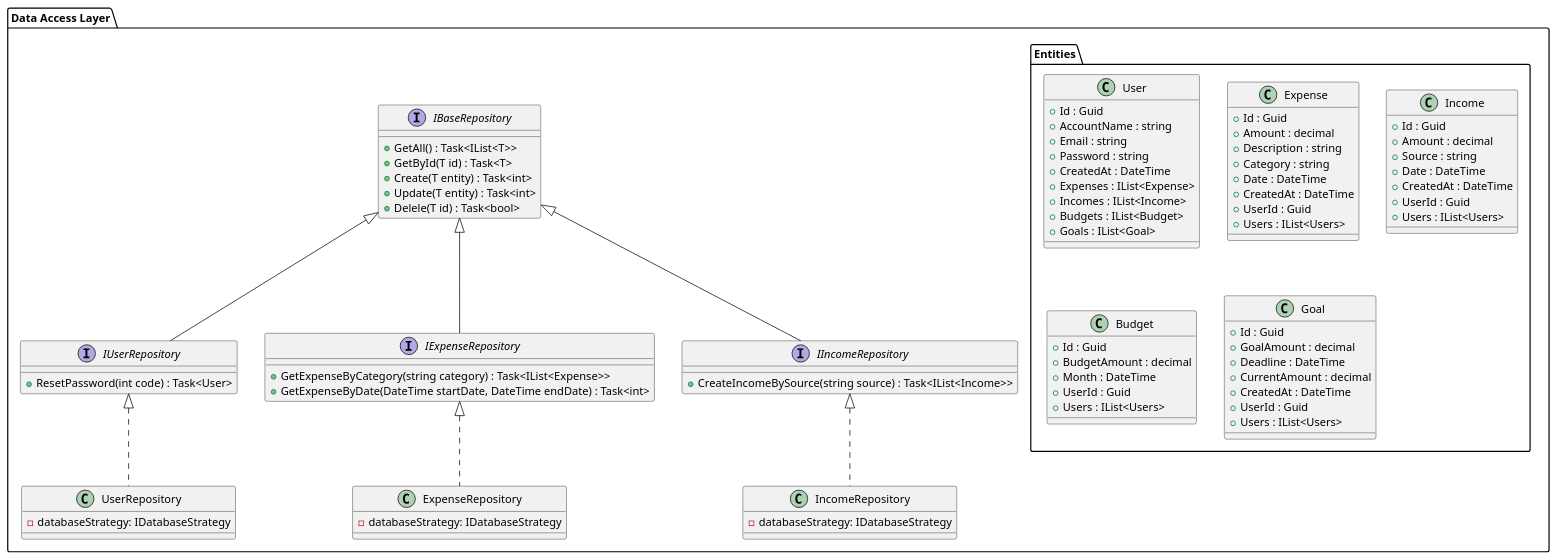
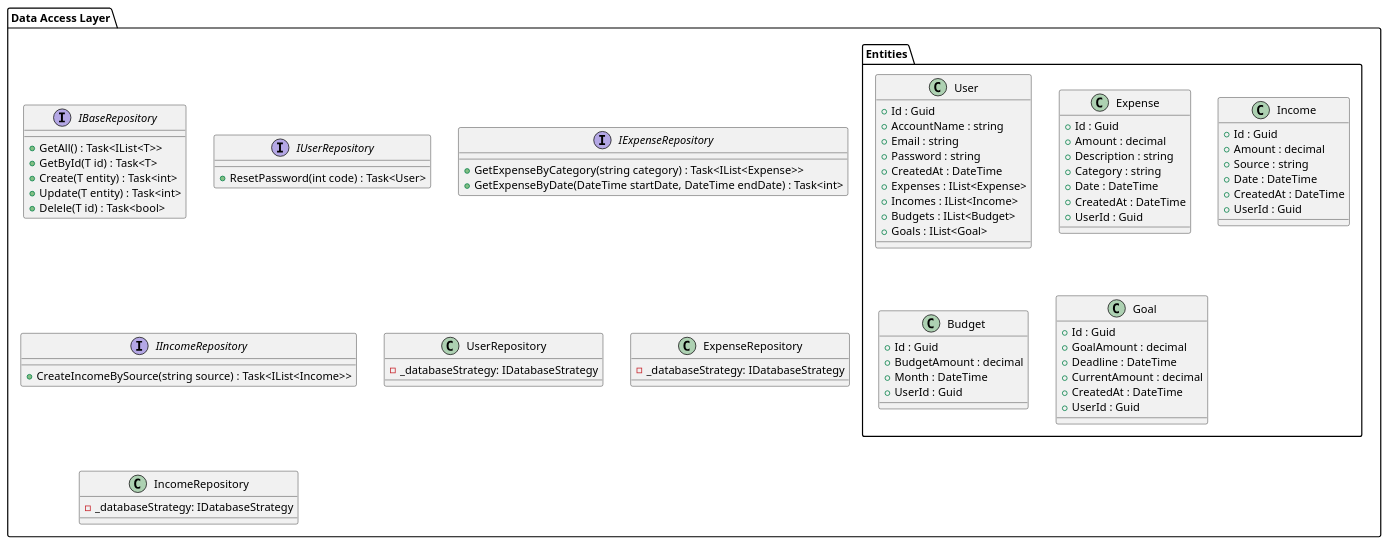
One commit to programacion-6/ExpenseTrackerGrupo2 changed the diagram in docs/uml/data-access.puml. Above: the diagram before and after it, drawn with PlantUML.

Commit message:
docs: add private prefixes in concretes; update entity relationships

```diff
--- a/docs/uml/data-access.puml
+++ b/docs/uml/data-access.puml
@@ -1,91 +1,87 @@
 @startuml Data Access
 
 package "Data Access Layer" {
     interface IBaseRepository {
         + GetAll() : Task<IList<T>>  
         + GetById(T id) : Task<T>
         + Create(T entity) : Task<int>
         + Update(T entity) : Task<int>
         + Delele(T id) : Task<bool>
     }
 
-    interface IUserRepository implements IBaseRepository {
+    interface IUserRepository {
         + ResetPassword(int code) : Task<User>
     }
     
-    interface IExpenseRepository implements IBaseRepository {
+    interface IExpenseRepository {
         + GetExpenseByCategory(string category) : Task<IList<Expense>>
         + GetExpenseByDate(DateTime startDate, DateTime endDate) : Task<int>
     }
 
-    interface IIncomeRepository implements IBaseRepository {
+    interface IIncomeRepository {
         + CreateIncomeBySource(string source) : Task<IList<Income>>
     }
 
-    class UserRepository implements IUserRepository {
-        - databaseStrategy: IDatabaseStrategy
+    class UserRepository {
+        - _databaseStrategy: IDatabaseStrategy
     }
 
-    class ExpenseRepository implements IExpenseRepository {
-        - databaseStrategy: IDatabaseStrategy
+    class ExpenseRepository {
+        - _databaseStrategy: IDatabaseStrategy
     }
 
-    class IncomeRepository implements IIncomeRepository {
-        - databaseStrategy: IDatabaseStrategy
+    class IncomeRepository {
+        - _databaseStrategy: IDatabaseStrategy
     }
 
     package "Entities" {
         class User {
             + Id : Guid
             + AccountName : string
             + Email : string
             + Password : string
             + CreatedAt : DateTime
             + Expenses : IList<Expense>
             + Incomes : IList<Income>
             + Budgets : IList<Budget>
             + Goals : IList<Goal>
         }
 
         class Expense {
             + Id : Guid
             + Amount : decimal
             + Description : string
             + Category : string
             + Date : DateTime
             + CreatedAt : DateTime
             + UserId : Guid
-            + Users : IList<Users>
         }
 
         class Income {
             + Id : Guid
             + Amount : decimal
             + Source : string
             + Date : DateTime
             + CreatedAt : DateTime
             + UserId : Guid
-            + Users : IList<Users>
         }
 
         class Budget {
             + Id : Guid
             + BudgetAmount : decimal
             + Month : DateTime
             + UserId : Guid
-            + Users : IList<Users>
         }
 
         class Goal {
             + Id : Guid
             + GoalAmount : decimal
             + Deadline : DateTime
             + CurrentAmount : decimal
             + CreatedAt : DateTime
             + UserId : Guid
-            + Users : IList<Users>
         }
     }
 }
 
 @enduml
```
